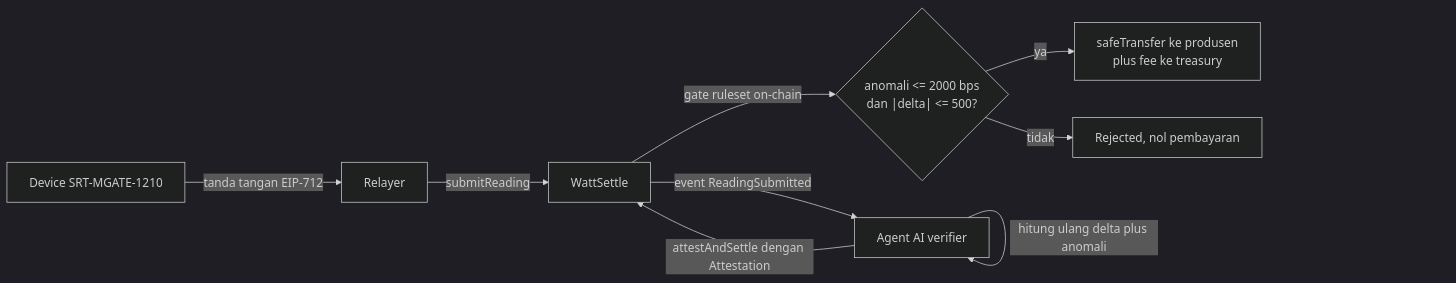
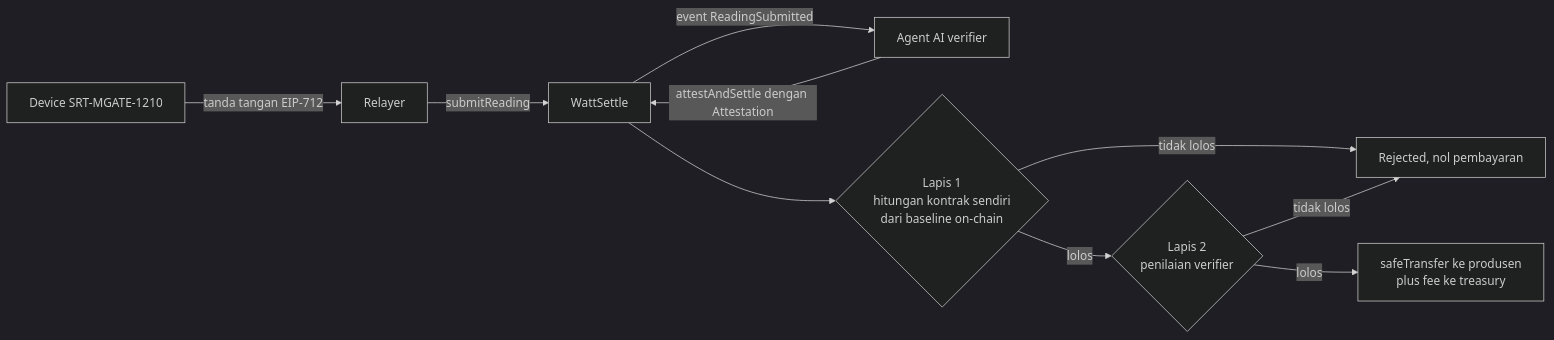
Before and after one commit to GifariKemal/wattsettle: the diagram in proofofwatt/README.md, drawn with Mermaid (dark theme). The commit also changed other lines of this file and 37 other files, not shown here.

First line of the commit message:
feat(contract): kontrak menghitung penyimpangan sendiri, verifier tidak bisa lagi memaksa bayar

````diff
--- a/proofofwatt/README.md
+++ b/proofofwatt/README.md
@@ -94,11 +153,12 @@
 ```mermaid
 flowchart LR
   DEV["Device SRT-MGATE-1210"] -->|tanda tangan EIP-712| REL["Relayer"]
   REL -->|submitReading| C["WattSettle"]
   C -->|event ReadingSubmitted| AG["Agent AI verifier"]
-  AG -->|hitung ulang delta plus anomali| AG
   AG -->|attestAndSettle dengan Attestation| C
-  C -->|gate ruleset on-chain| G{"anomali &lt;= 2000 bps<br/>dan |delta| &lt;= 500?"}
-  G -->|ya| PAY["safeTransfer ke produsen<br/>plus fee ke treasury"]
-  G -->|tidak| REJ["Rejected, nol pembayaran"]
+  C --> G1{"Lapis 1<br/>hitungan kontrak sendiri<br/>dari baseline on-chain"}
+  G1 -->|tidak lolos| REJ["Rejected, nol pembayaran"]
+  G1 -->|lolos| G2{"Lapis 2<br/>penilaian verifier"}
+  G2 -->|tidak lolos| REJ
+  G2 -->|lolos| PAY["safeTransfer ke produsen<br/>plus fee ke treasury"]
 ```
````
